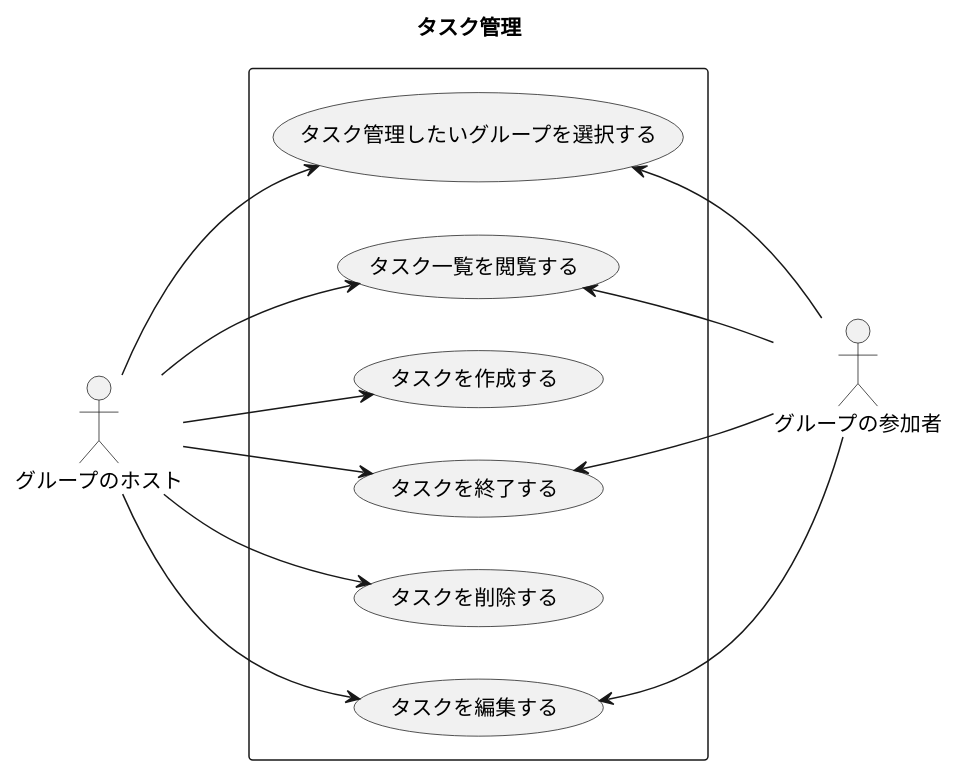
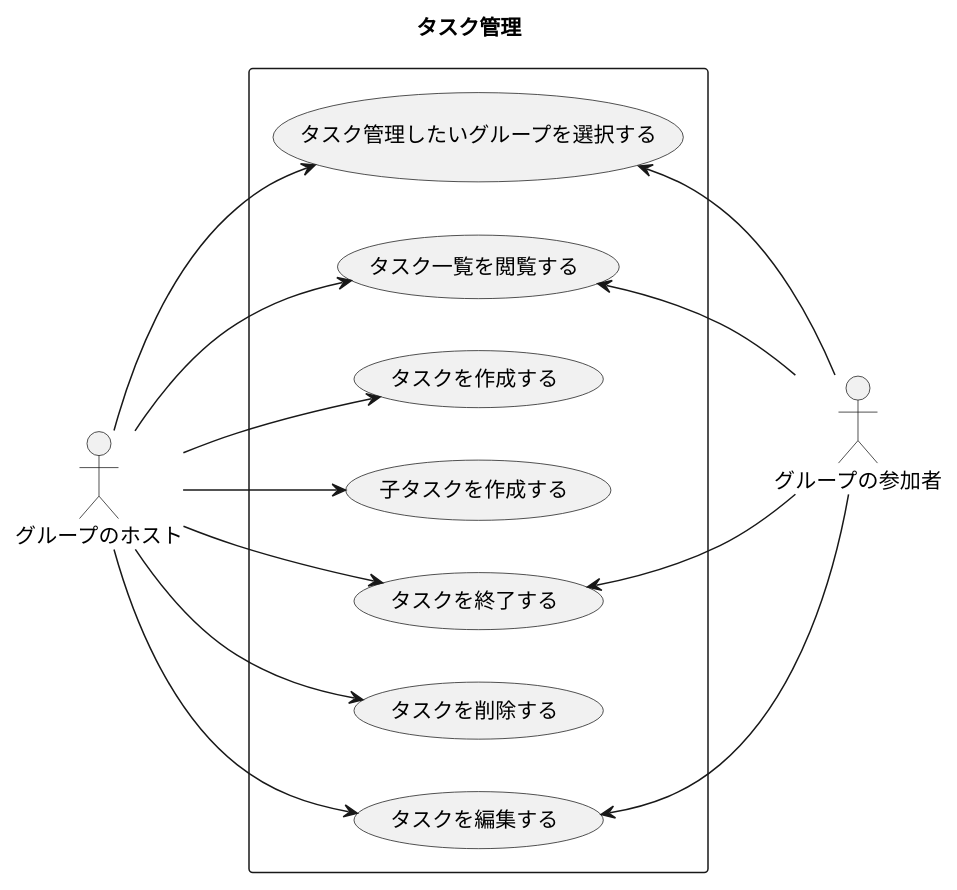
The diagram in modelingDiagram/useCaseDiagram/タスク管理.pu (h-maki2/taskManagement), drawn with PlantUML before and after one commit. The commit also changed 1 other file, not shown here.

```diff
--- a/modelingDiagram/useCaseDiagram/タスク管理.pu
+++ b/modelingDiagram/useCaseDiagram/タスク管理.pu
@@ -1,19 +1,20 @@
 @startuml タスク管理
 title タスク管理
 left to right direction
 actor グループのホスト
 actor グループの参加者
 
 rectangle {
     グループのホスト --> (タスク管理したいグループを選択する)
     グループのホスト --> (タスク一覧を閲覧する)
     グループのホスト --> (タスクを作成する)
+    グループのホスト --> (子タスクを作成する)
     グループのホスト --> (タスクを終了する)
     グループのホスト --> (タスクを削除する)
     グループのホスト --> (タスクを編集する)
     (タスク管理したいグループを選択する) <-- グループの参加者
     (タスク一覧を閲覧する) <-- グループの参加者
     (タスクを終了する) <-- グループの参加者
     (タスクを編集する) <-- グループの参加者
 }
 @enduml
```
